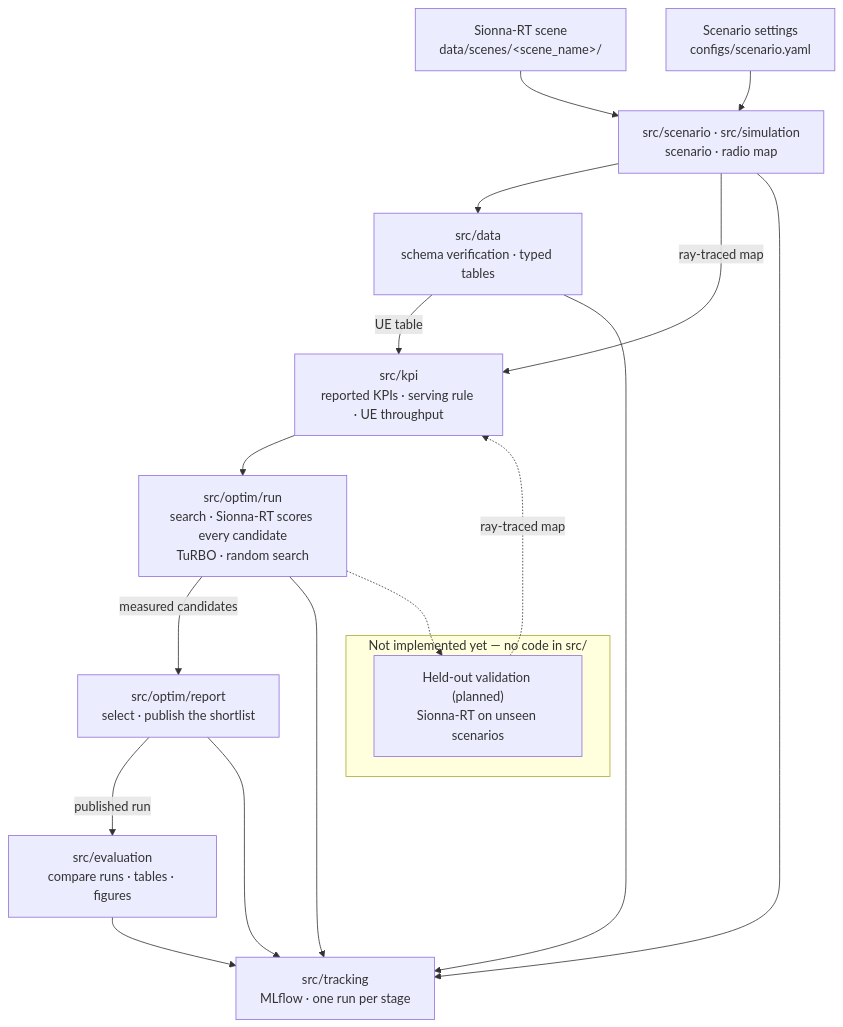
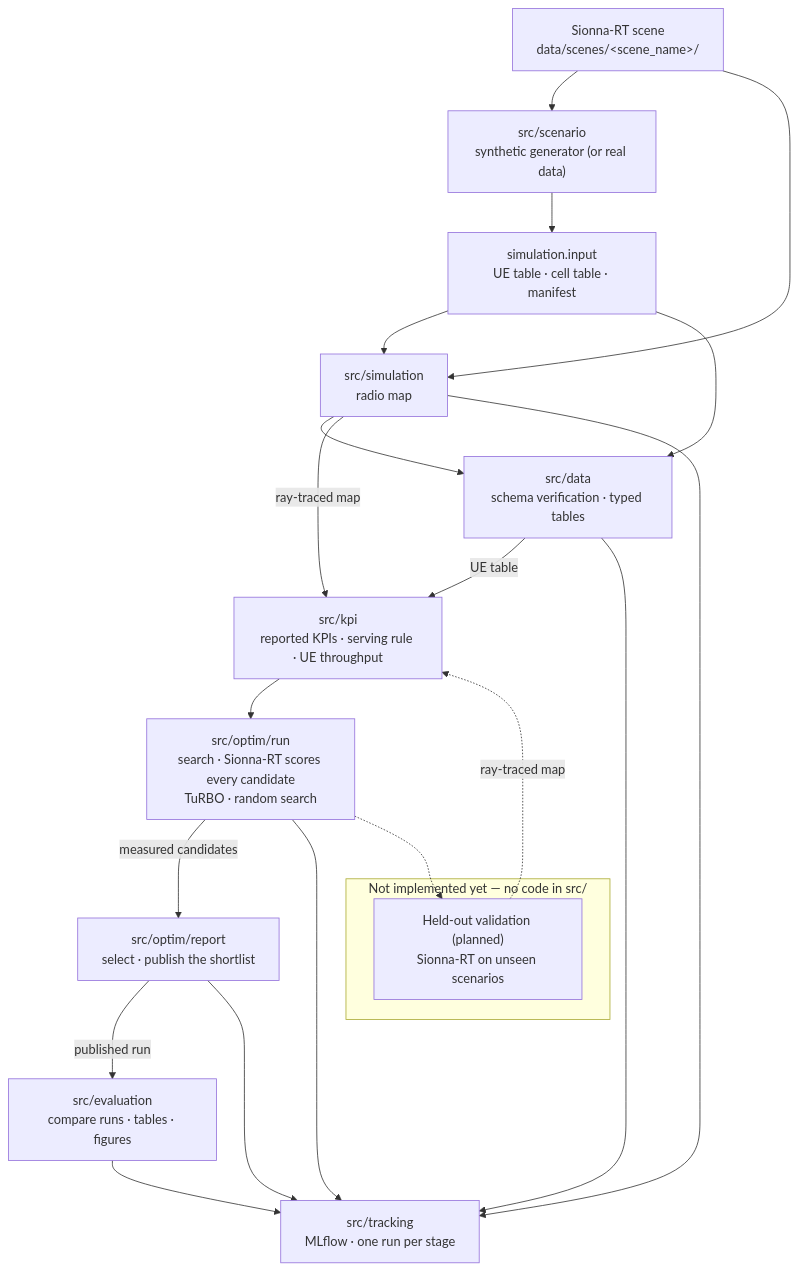
Before and after one commit to NguyenVu04/band-tilt: the diagram in README.md, drawn with Mermaid. The commit also changed other lines of this file and 53 other files, not shown here.

First line of the commit message:
Refactor simulation configuration to unify input paths and enhance UE handling

````diff
--- a/README.md
+++ b/README.md
@@ -109,29 +113,33 @@
 ```mermaid
 flowchart TB
     scene["Sionna-RT scene<br/>data/scenes/&lt;scene_name&gt;/"]
-    cells["Scenario settings<br/>configs/scenario.yaml"]
+    gen["src/scenario<br/>synthetic generator (or real data)"]
+    inputs["simulation.input<br/>UE table · cell table · manifest"]
 
-    sim["src/scenario · src/simulation<br/>scenario · radio map"]
+    sim["src/simulation<br/>radio map"]
     prep["src/data<br/>schema verification · typed tables"]
     kpi["src/kpi<br/>reported KPIs · serving rule · UE throughput"]
     opt["src/optim/run<br/>search · Sionna-RT scores every candidate<br/>TuRBO · random search"]
     ver["src/optim/report<br/>select · publish the shortlist"]
     rep["src/evaluation<br/>compare runs · tables · figures"]
     mlf["src/tracking<br/>MLflow · one run per stage"]
 
     subgraph future["Not implemented yet — no code in src/"]
         val["Held-out validation (planned)<br/>Sionna-RT on unseen scenarios"]
     end
 
+    scene --> gen
+    gen --> inputs
     scene --> sim
-    cells --> sim
+    inputs --> sim
+    inputs --> prep
     sim --> prep
     sim -->|ray-traced map| kpi
     prep -->|UE table| kpi
     kpi --> opt
     opt -->|measured candidates| ver
     ver -->|published run| rep
     sim & prep & opt & ver & rep --> mlf
     opt -.-> val
     val -.->|ray-traced map| kpi
 ```
````
